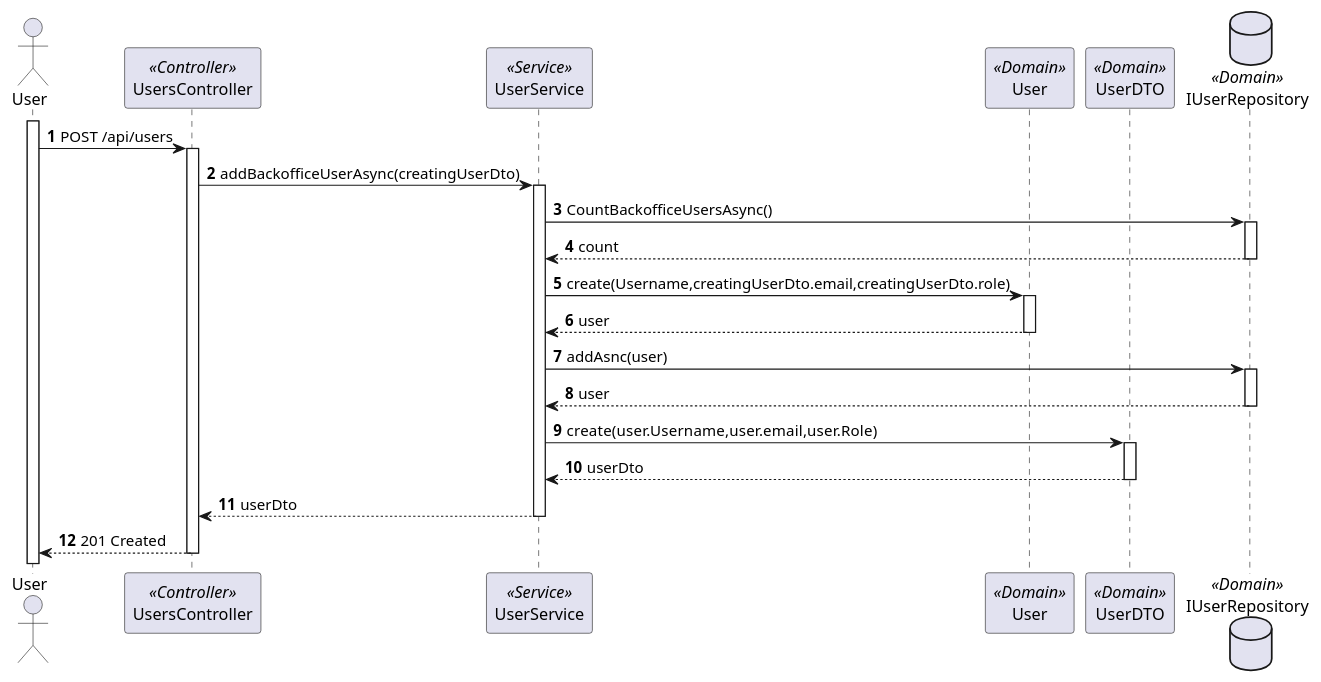
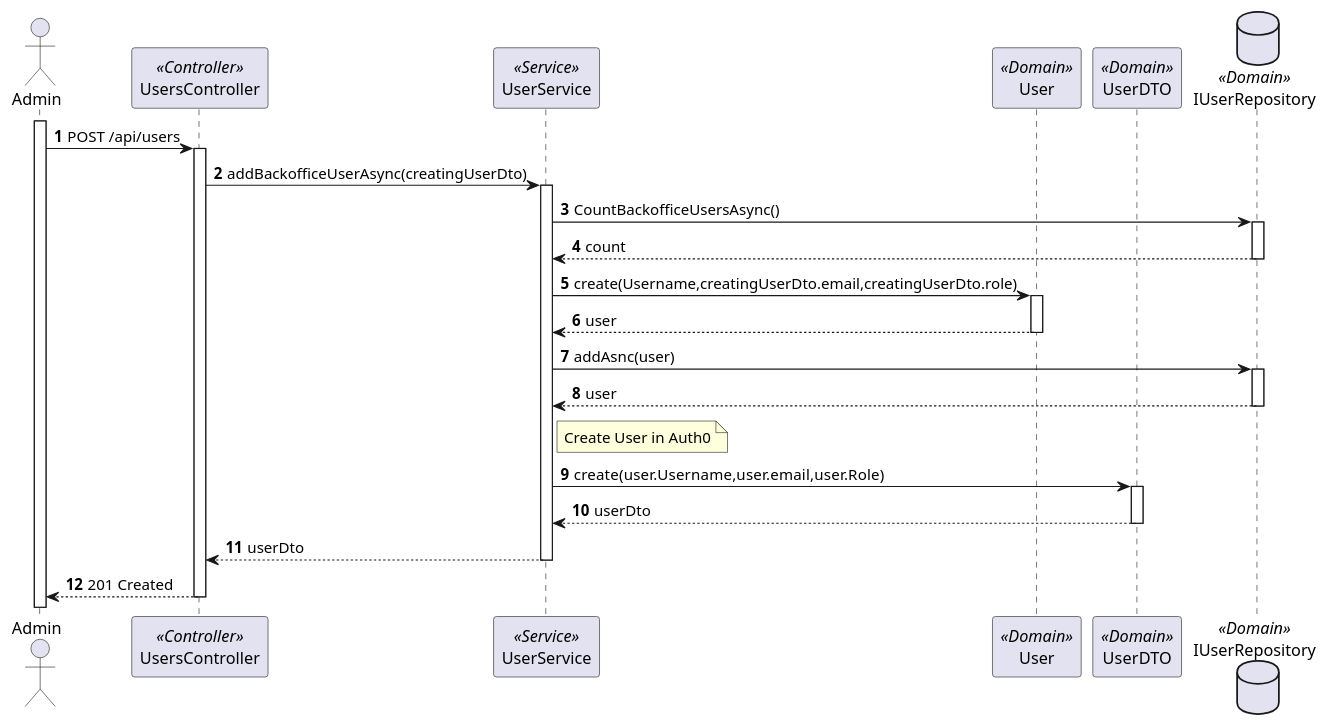
The diagram in docs/sprint-a/us-5.1.1/views/level3/process-view2.puml (1220846/sem5pi-24-25-3ddg20), drawn with PlantUML before and after one commit. The commit also changed 8 other files, not shown here.

```diff
--- a/docs/sprint-a/us-5.1.1/views/level3/process-view2.puml
+++ b/docs/sprint-a/us-5.1.1/views/level3/process-view2.puml
@@ -1,51 +1,53 @@
-@startuml level3
+@startuml process-view2
 
 autonumber
 
-actor "User" as UserP
+actor "Admin" as UserP
 participant "UsersController" as Controller <<Controller>>
 participant "UserService" as Service <<Service>>
 participant "User" as User <<Domain>>
 participant "UserDTO" as UserDto <<Domain>>
 database "IUserRepository" as UserRepository <<Domain>>
 
 activate UserP
     UserP->Controller:POST /api/users
 
 activate Controller
 
     Controller->Service:addBackofficeUserAsync(creatingUserDto)
     activate Service
 
         Service->UserRepository:CountBackofficeUsersAsync()
         activate UserRepository
 
             UserRepository-->Service:count
         deactivate UserRepository
 
         Service -> User:create(Username,creatingUserDto.email,creatingUserDto.role)
         activate User
 
             User-->Service:user
         deactivate User
 
         Service->UserRepository:addAsnc(user)
         activate UserRepository
 
             UserRepository-->Service:user
         deactivate UserRepository
 
+        note right of Service: Create User in Auth0
+
         Service->UserDto:create(user.Username,user.email,user.Role)
         activate UserDto
 
             UserDto-->Service:userDto
         deactivate UserDto
 
 
         Service --> Controller:userDto
     deactivate Service
 
     UserP<--Controller:201 Created
 deactivate Controller
 
 @enduml
```
